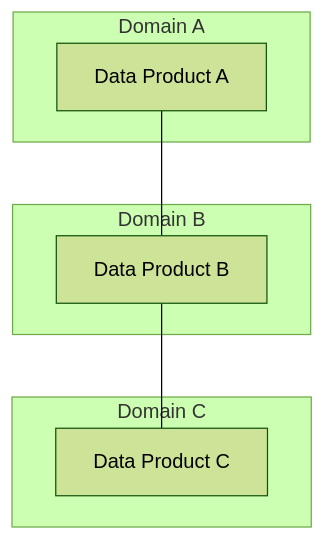
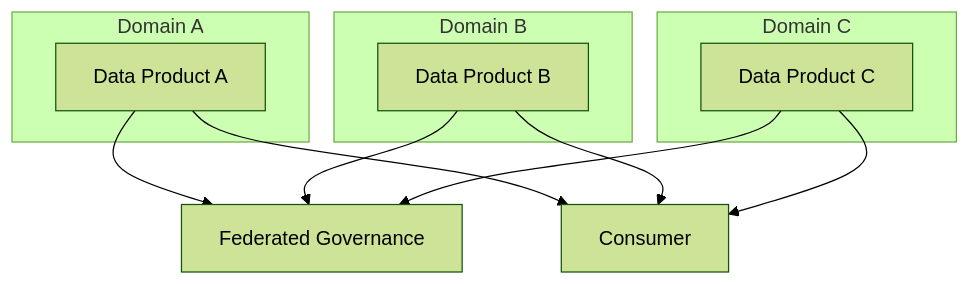
The diagram in Patterns/basic/pipeline/data-mesh.md (kholcomb/Architecture), drawn with Mermaid (forest theme) before and after one commit. The commit also changed 11 other files, not shown here.

Commit message:
diagram fixes

````diff
--- a/Patterns/basic/pipeline/data-mesh.md
+++ b/Patterns/basic/pipeline/data-mesh.md
@@ -13,14 +13,20 @@
 ```mermaid
 graph TD
     subgraph Domain A
         PA[Data Product A]
     end
     subgraph Domain B
         PB[Data Product B]
     end
     subgraph Domain C
         PC[Data Product C]
     end
-    PA --- PB
-    PB --- PC
+    GV[Federated Governance]
+    PA --> GV
+    PB --> GV
+    PC --> GV
+    CON[Consumer]
+    PA --> CON
+    PB --> CON
+    PC --> CON
 ```
````
